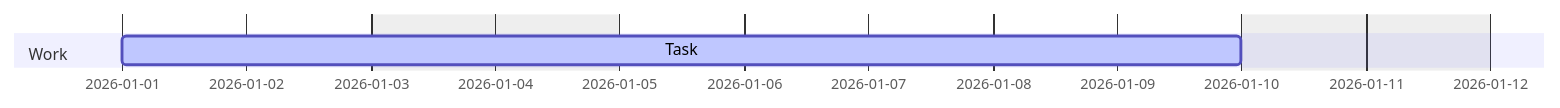
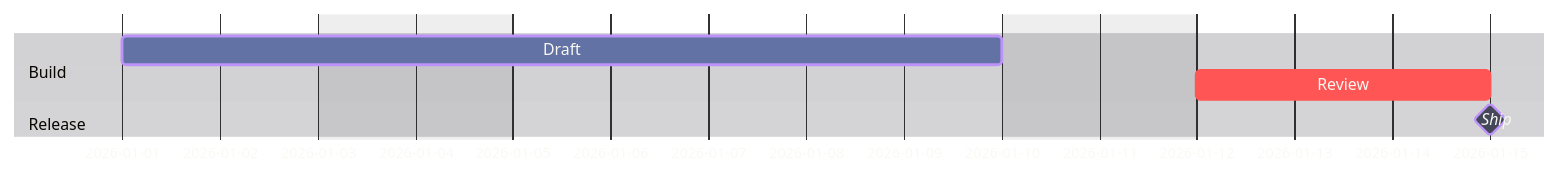
Before and after one commit to bsamiee/Rasm: the tenth of 21 diagrams in .claude/skills/mermaid-diagramming/references/syntax-extended.md, drawn with Mermaid. The commit also changed other lines of this file and 27 other files, not shown here.

````diff
--- a/.claude/skills/mermaid-diagramming/references/syntax-extended.md
+++ b/.claude/skills/mermaid-diagramming/references/syntax-extended.md
@@ -169,7 +224,28 @@
 ```mermaid
+---
+config:
+  theme: base
+  themeVariables:
+    darkMode: true
+    textColor: "#F8F8F2"
+    taskTextOutsideColor: "#F8F8F2"
+    gridColor: "#6272A4"
+    sectionBkgColor: "#21222C"
+    altSectionBkgColor: "#282A36"
+    taskBkgColor: "#44475A"
+    taskBorderColor: "#BD93F9"
+    activeTaskBkgColor: "#6272A4"
+    activeTaskBorderColor: "#BD93F9"
+    critBkgColor: "#FF5555"
+    critBorderColor: "#FF5555"
+    todayLineColor: "#FF79C6"
+---
 gantt
   dateFormat YYYY-MM-DD
   excludes weekends
-  section Work
-  Task :active, a, 2026-01-01, 7d
+  section Build
+  Draft :active, a, 2026-01-01, 7d
+  Review :crit, b, after a, 3d
+  section Release
+  Ship :milestone, m, after b, 0d
 ```
````
